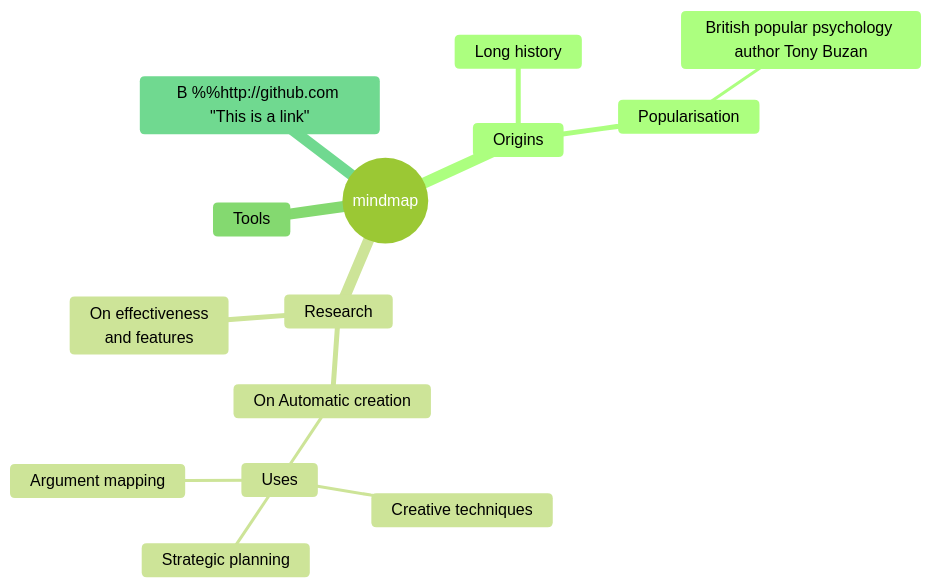
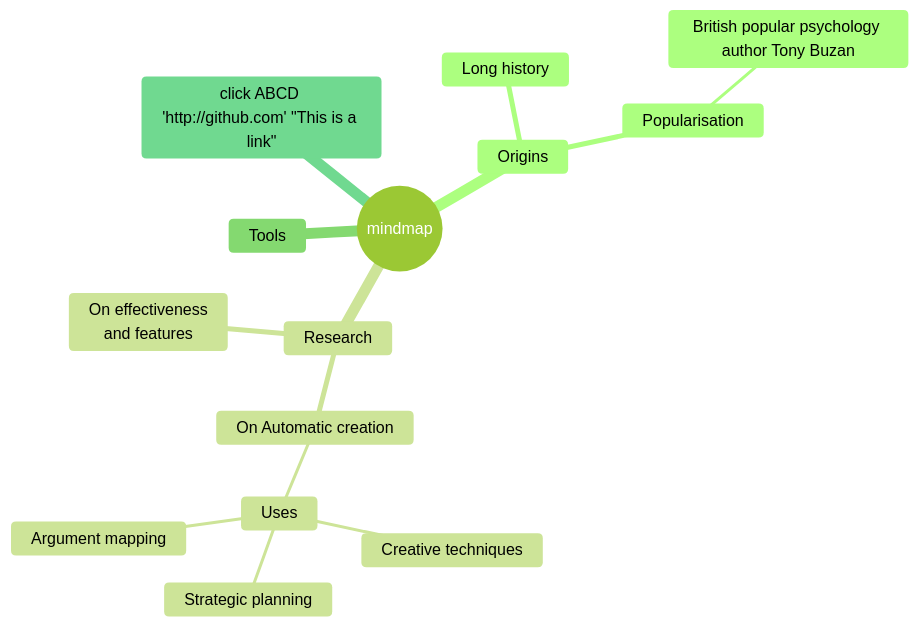
Before and after one commit to aghazadehm/test: the diagram in test1.md, drawn with Mermaid (forest theme).

````diff
--- a/test1.md
+++ b/test1.md
@@ -1,18 +1,18 @@
 ```mermaid
 mindmap
   root((mindmap))
     Origins
       Long history
       ::icon(fa fa-book)
       Popularisation
         British popular psychology author Tony Buzan
     Research
       On effectiveness<br/>and features
       On Automatic creation
         Uses
             Creative techniques
             Strategic planning
             Argument mapping
     Tools
-    B %%http://github.com "This is a link"
+    click ABCD 'http://github.com' "This is a link"
 ```
````
